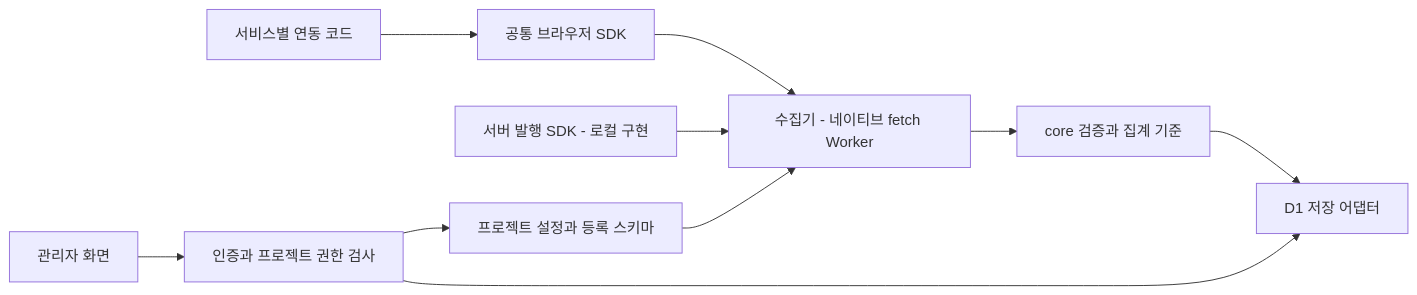
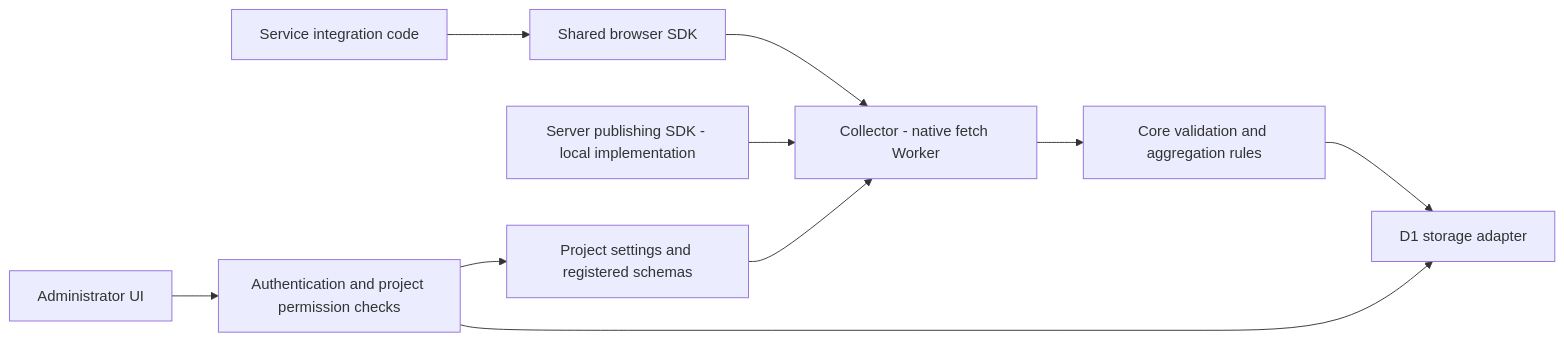
The diagram in ARCHITECTURE.md (0disoft/tallyfin), drawn with Mermaid before and after one commit. The commit also changed other lines of this file and 4 other files, not shown here.

````diff
--- a/ARCHITECTURE.md
+++ b/ARCHITECTURE.md
@@ -5,12 +5,12 @@
 ```mermaid
 flowchart LR
-  H["서비스별 연동 코드"] --> B["공통 브라우저 SDK"]
-  B --> C["수집기 - 네이티브 fetch Worker"]
-  S["서버 발행 SDK - 로컬 구현"] --> C
-  R["프로젝트 설정과 등록 스키마"] --> C
-  C --> V["core 검증과 집계 기준"]
-  V --> D["D1 저장 어댑터"]
-  A["관리자 화면"] --> Q["인증과 프로젝트 권한 검사"]
+  H["Service integration code"] --> B["Shared browser SDK"]
+  B --> C["Collector - native fetch Worker"]
+  S["Server publishing SDK - local implementation"] --> C
+  R["Project settings and registered schemas"] --> C
+  C --> V["Core validation and aggregation rules"]
+  V --> D["D1 storage adapter"]
+  A["Administrator UI"] --> Q["Authentication and project permission checks"]
   Q --> R
   Q --> D
 ```
````
